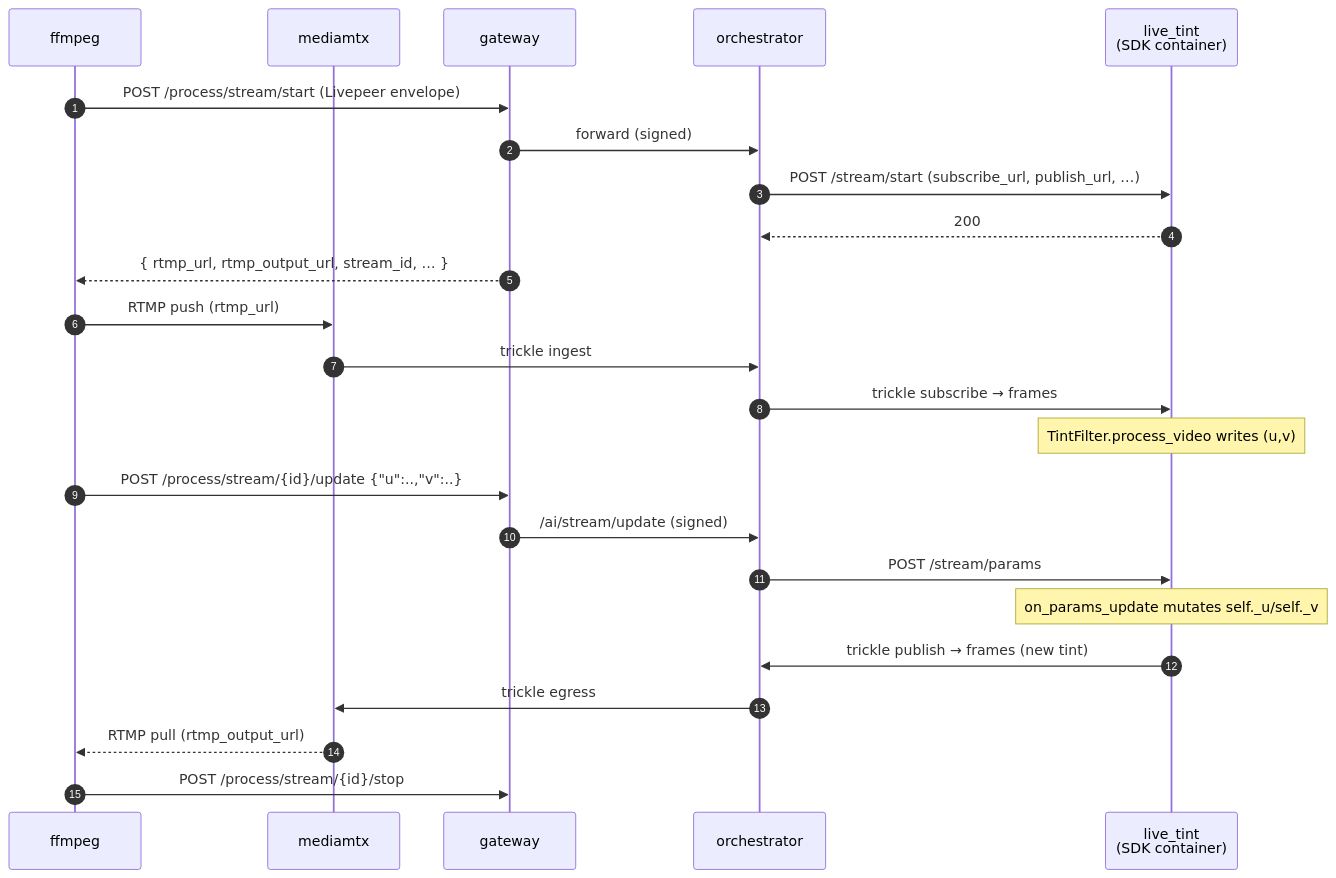
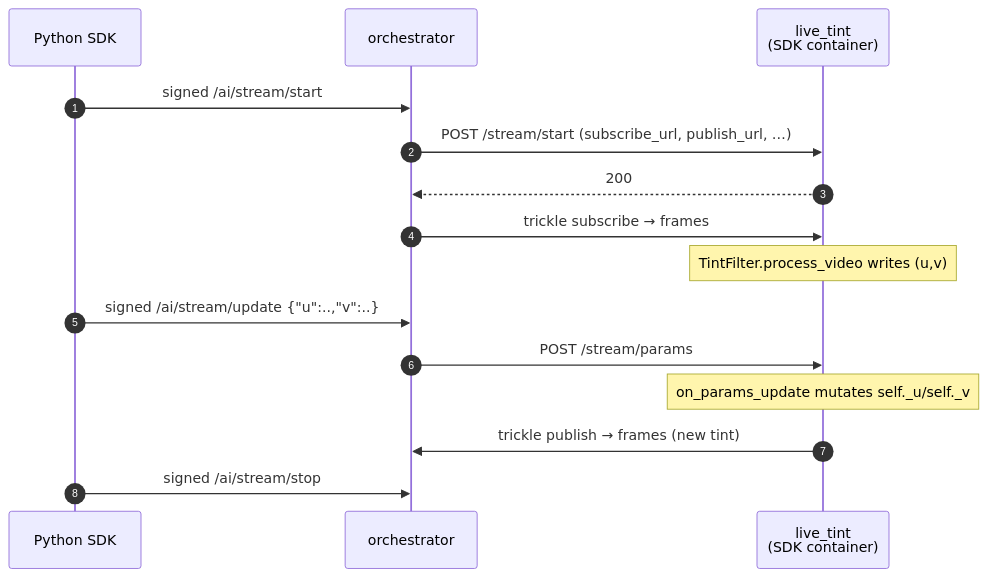
The diagram in examples/runner/live_tint/README.md (eliteprox/python-gateway), drawn with Mermaid before and after one commit. The commit also changed other lines of this file and 39 other files, not shown here.

First line of the commit message:
feat(examples): migrate BYOC examples to Python SDK for capability registration

````diff
--- a/examples/runner/live_tint/README.md
+++ b/examples/runner/live_tint/README.md
@@ -114,31 +99,20 @@
 ```mermaid
 sequenceDiagram
     autonumber
-    participant ffmpeg
-    participant mediamtx
-    participant gateway
+    participant sdk as Python SDK
     participant orchestrator
     participant live_tint as live_tint<br/>(SDK container)
 
-    ffmpeg->>gateway: POST /process/stream/start (Livepeer envelope)
-    gateway->>orchestrator: forward (signed)
+    sdk->>orchestrator: signed /ai/stream/start
     orchestrator->>live_tint: POST /stream/start (subscribe_url, publish_url, …)
     live_tint-->>orchestrator: 200
-    gateway-->>ffmpeg: { rtmp_url, rtmp_output_url, stream_id, … }
-
-    ffmpeg->>mediamtx: RTMP push (rtmp_url)
-    mediamtx->>orchestrator: trickle ingest
     orchestrator->>live_tint: trickle subscribe → frames
     Note over live_tint: TintFilter.process_video writes (u,v)
 
-    ffmpeg->>gateway: POST /process/stream/{id}/update {"u":..,"v":..}
-    gateway->>orchestrator: /ai/stream/update (signed)
+    sdk->>orchestrator: signed /ai/stream/update {"u":..,"v":..}
     orchestrator->>live_tint: POST /stream/params
     Note over live_tint: on_params_update mutates self._u/self._v
 
     live_tint->>orchestrator: trickle publish → frames (new tint)
-    orchestrator->>mediamtx: trickle egress
-    mediamtx-->>ffmpeg: RTMP pull (rtmp_output_url)
-
-    ffmpeg->>gateway: POST /process/stream/{id}/stop
+    sdk->>orchestrator: signed /ai/stream/stop
 ```
````
